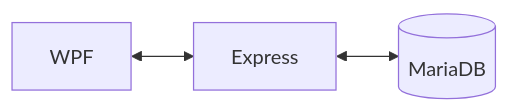
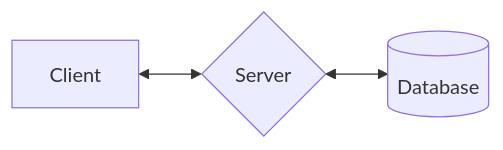
Before and after one commit to aktnf93/Community-App: the diagram in README.md, drawn with Mermaid. The commit also changed other lines of this file and 28 other files, not shown here.

````diff
--- a/README.md
+++ b/README.md
@@ -12,5 +21,5 @@
 ```mermaid
 flowchart LR
-    Client[WPF] <--> Server[Express]
-    Server <--> DB[(MariaDB)]
+    Client[Client] <--> Server{Server}
+    Server <--> DB[(Database)]
 ```
````
